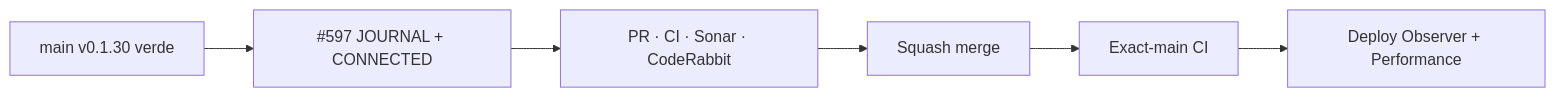
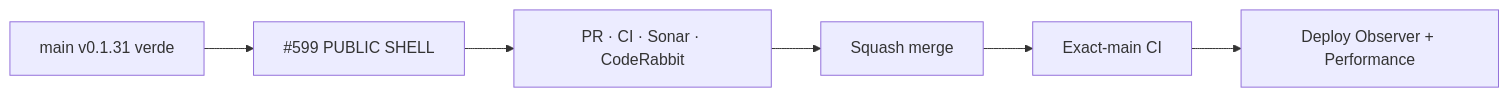
One commit to pl0n3r/brvtal changed the diagram in README.md. Above: the diagram before and after it, drawn with Mermaid. The commit also changed other lines of this file and 12 other files, not shown here.

First line of the commit message:
design: authored Concept 05 public shell for desktop and mobile (v0.1.32) (#600)

````diff
--- a/README.md
+++ b/README.md
@@ -48,8 +48,8 @@
 ```mermaid
 flowchart LR
- B["main v0.1.30 verde"] --> J["#597 JOURNAL + CONNECTED"]
- J --> P["PR · CI · Sonar · CodeRabbit"]
+ B["main v0.1.31 verde"] --> S["#599 PUBLIC SHELL"]
+ S --> P["PR · CI · Sonar · CodeRabbit"]
  P --> M["Squash merge"]
  M --> X["Exact-main CI"]
  X --> D["Deploy Observer + Performance"]
 ```
````
